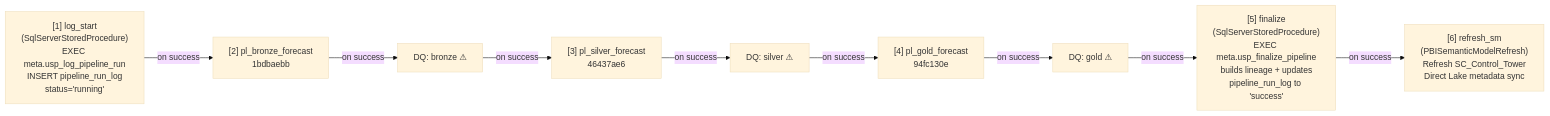
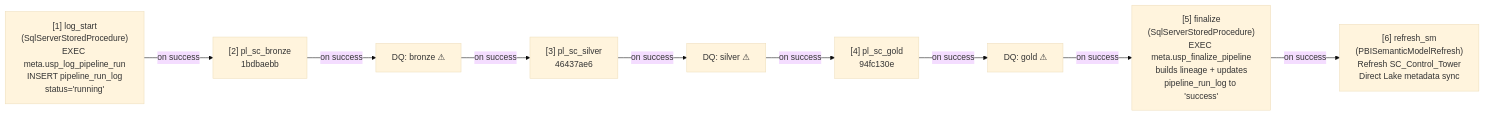
One commit to ankinguyen-engineer-2002/Fabric-v9-Warehouse-Medallion changed the second of 11 diagrams in Fabric_Architect/v9_architecture_supplychain.md. Above: the diagram before and after it, drawn with Mermaid (base theme). The commit also changed other lines of this file and 13 other files, not shown here.

First line of the commit message:
Multi-mart architecture: full doc overhaul — 14 files, 7 pipelines

````diff
--- a/Fabric_Architect/v9_architecture_supplychain.md
+++ b/Fabric_Architect/v9_architecture_supplychain.md
@@ -197,18 +197,18 @@
 ```mermaid
 flowchart LR
     LS["[1] log_start\n(SqlServerStoredProcedure)\nEXEC meta.usp_log_pipeline_run\nINSERT pipeline_run_log\nstatus='running'"]
-    B["[2] pl_bronze_forecast\n1bdbaebb"]
-    S["[3] pl_silver_forecast\n46437ae6"]
-    G["[4] pl_gold_forecast\n94fc130e"]
+    B["[2] pl_sc_bronze\n1bdbaebb"]
+    S["[3] pl_sc_silver\n46437ae6"]
+    G["[4] pl_sc_gold\n94fc130e"]
     FN["[5] finalize\n(SqlServerStoredProcedure)\nEXEC meta.usp_finalize_pipeline\nbuilds lineage + updates\npipeline_run_log to 'success'"]
     SM["[6] refresh_sm\n(PBISemanticModelRefresh)\nRefresh SC_Control_Tower\nDirect Lake metadata sync"]
 
     LS -->|"on success"| B
     B -->|"on success"| DQ1["DQ: bronze ⚠"]
     DQ1 -->|"on success"| S
     S -->|"on success"| DQ2["DQ: silver ⚠"]
     DQ2 -->|"on success"| G
     G -->|"on success"| DQ3["DQ: gold ⚠"]
     DQ3 -->|"on success"| FN
     FN -->|"on success"| SM
 ```
````
